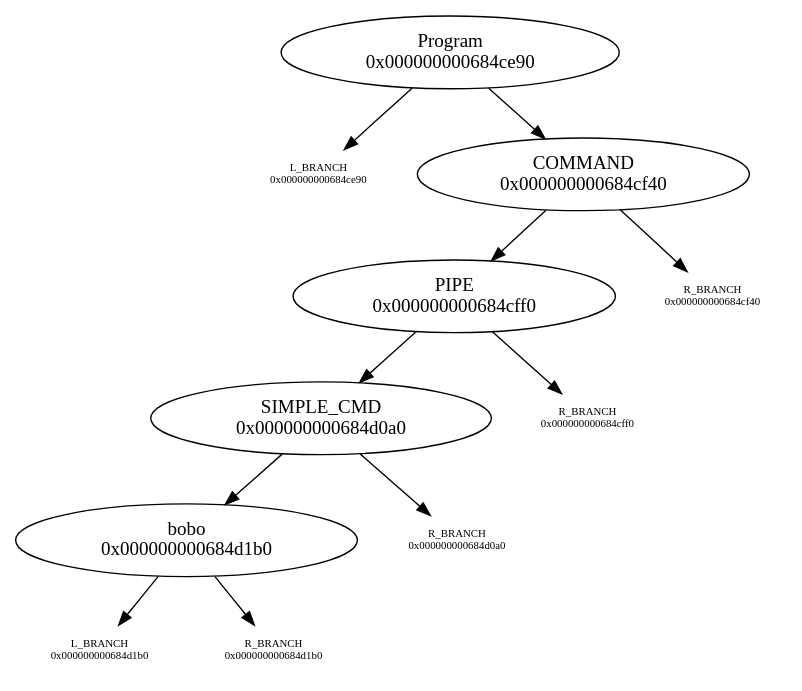
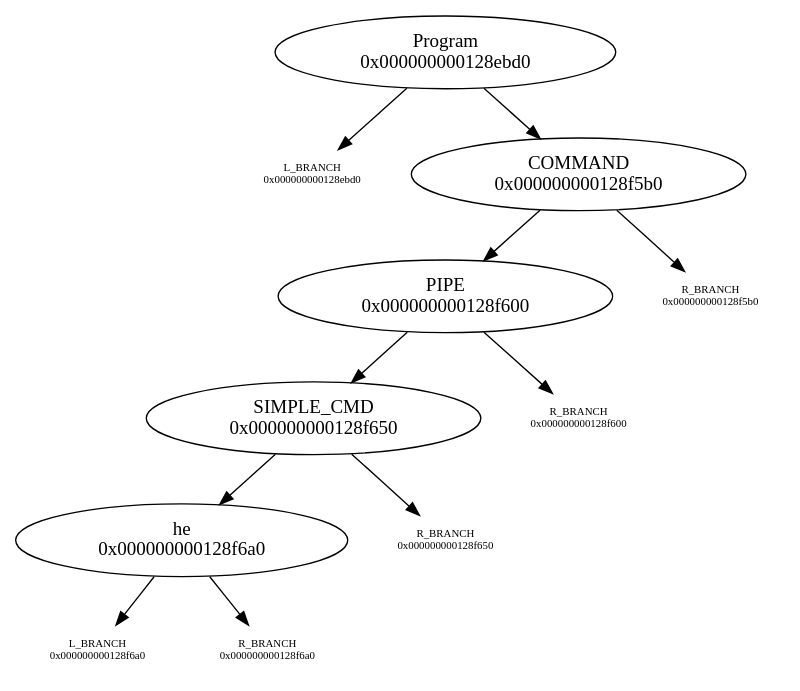
One commit to N-4-Nina/Minishell changed the diagram in graph.dot. Above: the diagram before and after it, drawn with Graphviz. The commit also changed 65 other files, not shown here.

```diff
--- a/graph.dot
+++ b/graph.dot
@@ -1,19 +1,19 @@
 digraph graphname {
-"Program\n0x000000000684ce90" -> "L_BRANCH\n0x000000000684ce90";
-"L_BRANCH\n0x000000000684ce90" [shape=none fontsize=8]
-"Program\n0x000000000684ce90" -> "COMMAND\n0x000000000684cf40";
-"COMMAND\n0x000000000684cf40" -> "PIPE\n0x000000000684cff0";
-"COMMAND\n0x000000000684cf40" -> "R_BRANCH\n0x000000000684cf40";
-"R_BRANCH\n0x000000000684cf40" [shape=none fontsize=8]
-"PIPE\n0x000000000684cff0" -> "SIMPLE_CMD\n0x000000000684d0a0";
-"PIPE\n0x000000000684cff0" -> "R_BRANCH\n0x000000000684cff0";
-"R_BRANCH\n0x000000000684cff0" [shape=none fontsize=8]
-"SIMPLE_CMD\n0x000000000684d0a0" -> "bobo\n0x000000000684d1b0";
-"SIMPLE_CMD\n0x000000000684d0a0" -> "R_BRANCH\n0x000000000684d0a0";
-"R_BRANCH\n0x000000000684d0a0" [shape=none fontsize=8]
-"bobo\n0x000000000684d1b0" -> "L_BRANCH\n0x000000000684d1b0";
-"L_BRANCH\n0x000000000684d1b0" [shape=none fontsize=8]
-"bobo\n0x000000000684d1b0" -> "R_BRANCH\n0x000000000684d1b0";
-"R_BRANCH\n0x000000000684d1b0" [shape=none fontsize=8]
+"Program\n0x000000000128ebd0" -> "L_BRANCH\n0x000000000128ebd0";
+"L_BRANCH\n0x000000000128ebd0" [shape=none fontsize=8]
+"Program\n0x000000000128ebd0" -> "COMMAND\n0x000000000128f5b0";
+"COMMAND\n0x000000000128f5b0" -> "PIPE\n0x000000000128f600";
+"COMMAND\n0x000000000128f5b0" -> "R_BRANCH\n0x000000000128f5b0";
+"R_BRANCH\n0x000000000128f5b0" [shape=none fontsize=8]
+"PIPE\n0x000000000128f600" -> "SIMPLE_CMD\n0x000000000128f650";
+"PIPE\n0x000000000128f600" -> "R_BRANCH\n0x000000000128f600";
+"R_BRANCH\n0x000000000128f600" [shape=none fontsize=8]
+"SIMPLE_CMD\n0x000000000128f650" -> "he\n0x000000000128f6a0";
+"SIMPLE_CMD\n0x000000000128f650" -> "R_BRANCH\n0x000000000128f650";
+"R_BRANCH\n0x000000000128f650" [shape=none fontsize=8]
+"he\n0x000000000128f6a0" -> "L_BRANCH\n0x000000000128f6a0";
+"L_BRANCH\n0x000000000128f6a0" [shape=none fontsize=8]
+"he\n0x000000000128f6a0" -> "R_BRANCH\n0x000000000128f6a0";
+"R_BRANCH\n0x000000000128f6a0" [shape=none fontsize=8]
 
 }
```
